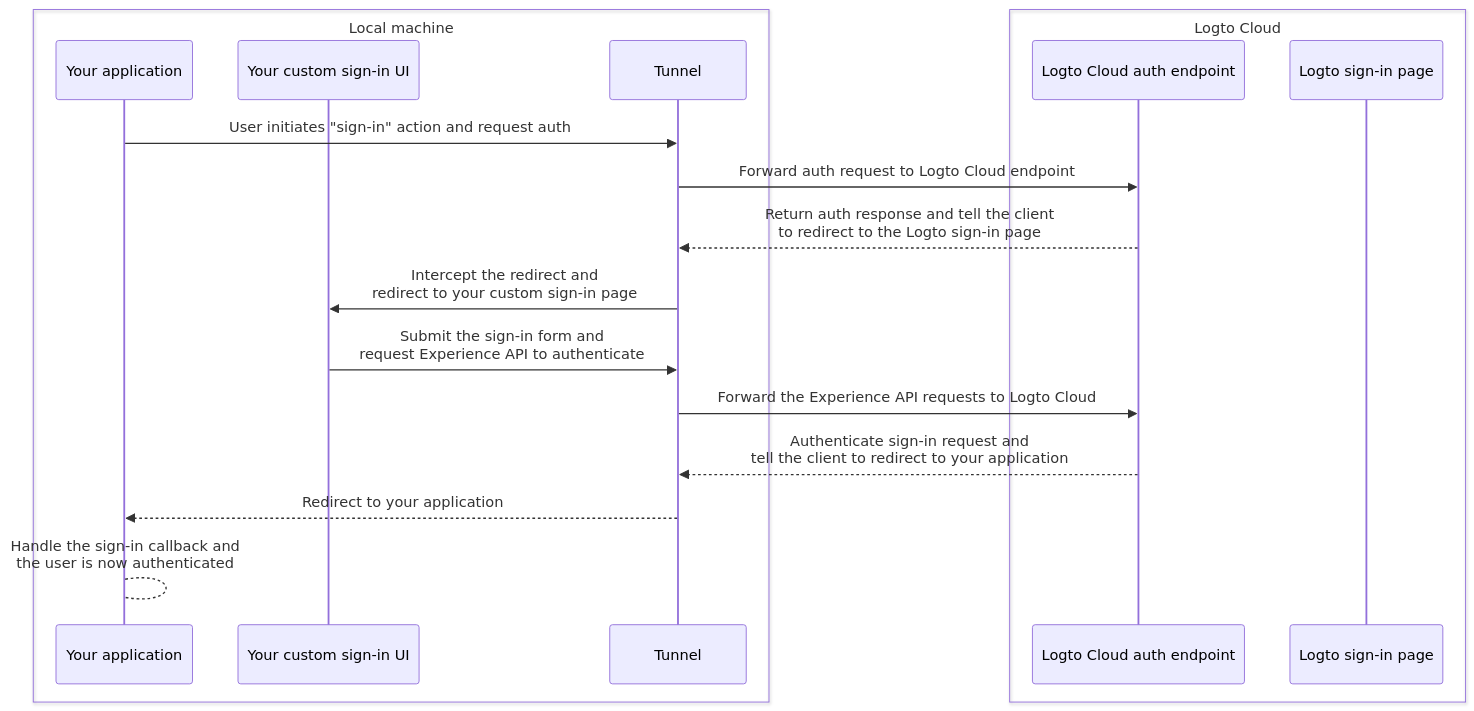
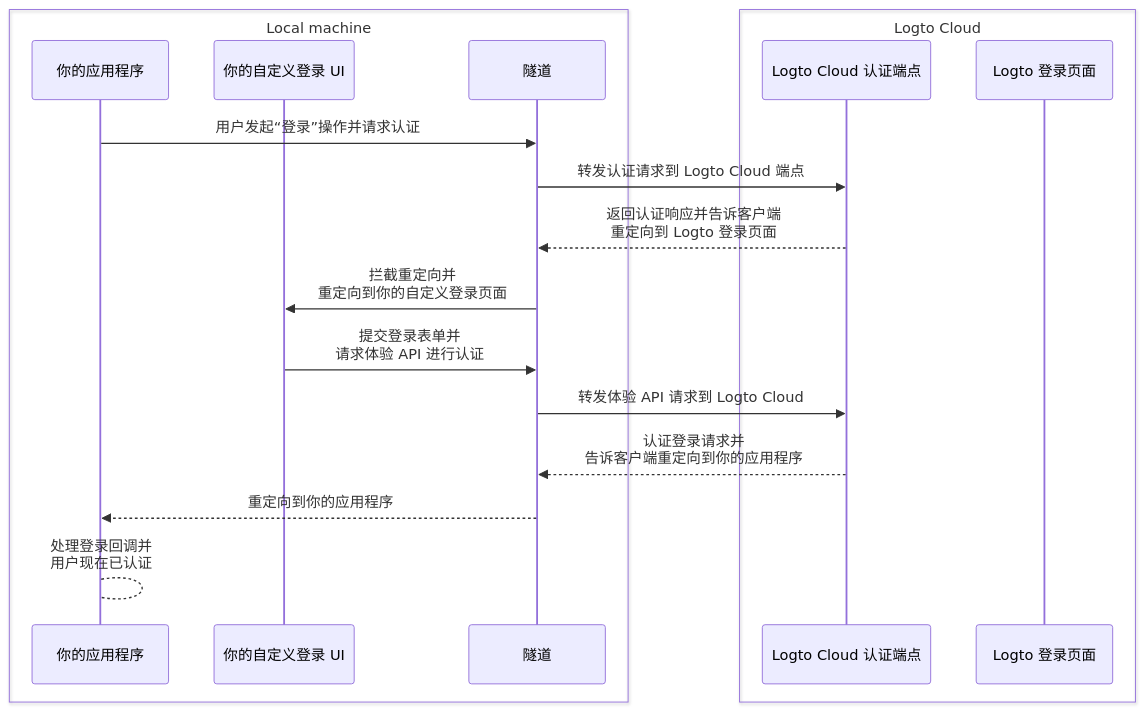
One commit to logto-io/docs changed the second of 2 diagrams in i18n/zh-CN/docusaurus-plugin-content-docs/current/customization/bring-your-ui/debug-and-test-your-custom-ui-locally.mdx. Above: the diagram before and after it, drawn with Mermaid. The commit also changed other lines of this file and 449 other files, not shown here.

````diff
--- a/i18n/zh-CN/docusaurus-plugin-content-docs/current/customization/bring-your-ui/debug-and-test-your-custom-ui-locally.mdx
+++ b/i18n/zh-CN/docusaurus-plugin-content-docs/current/customization/bring-your-ui/debug-and-test-your-custom-ui-locally.mdx
@@ -45,21 +42,21 @@
 ```mermaid
 sequenceDiagram
     box Local machine
-    participant A as Your application
-    participant B as Your custom sign-in UI
-    participant C as Tunnel
+    participant A as 你的应用程序
+    participant B as 你的自定义登录 UI
+    participant C as 隧道
     end
     box Logto Cloud
-    participant D as Logto Cloud auth endpoint
-    participant E as Logto sign-in page
+    participant D as Logto Cloud 认证端点
+    participant E as Logto 登录页面
     end
-    A ->> C: User initiates "sign-in" action and request auth
-    C ->> D: Forward auth request to Logto Cloud endpoint
-    D -->> C: Return auth response and tell the client<br/>to redirect to the Logto sign-in page
-    C ->> B: Intercept the redirect and<br/>redirect to your custom sign-in page
-    B ->> C: Submit the sign-in form and<br/>request Experience API to authenticate
-    C ->> D: Forward the Experience API requests to Logto Cloud
-    D -->> C: Authenticate sign-in request and<br/>tell the client to redirect to your application
-    C -->> A: Redirect to your application
-    A --> A: Handle the sign-in callback and<br/>the user is now authenticated
+    A ->> C: 用户发起“登录”操作并请求认证
+    C ->> D: 转发认证请求到 Logto Cloud 端点
+    D -->> C: 返回认证响应并告诉客户端<br/>重定向到 Logto 登录页面
+    C ->> B: 拦截重定向并<br/>重定向到你的自定义登录页面
+    B ->> C: 提交登录表单并<br/>请求体验 API 进行认证
+    C ->> D: 转发体验 API 请求到 Logto Cloud
+    D -->> C: 认证登录请求并<br/>告诉客户端重定向到你的应用程序
+    C -->> A: 重定向到你的应用程序
+    A --> A: 处理登录回调并<br/>用户现在已认证
 ```
````
